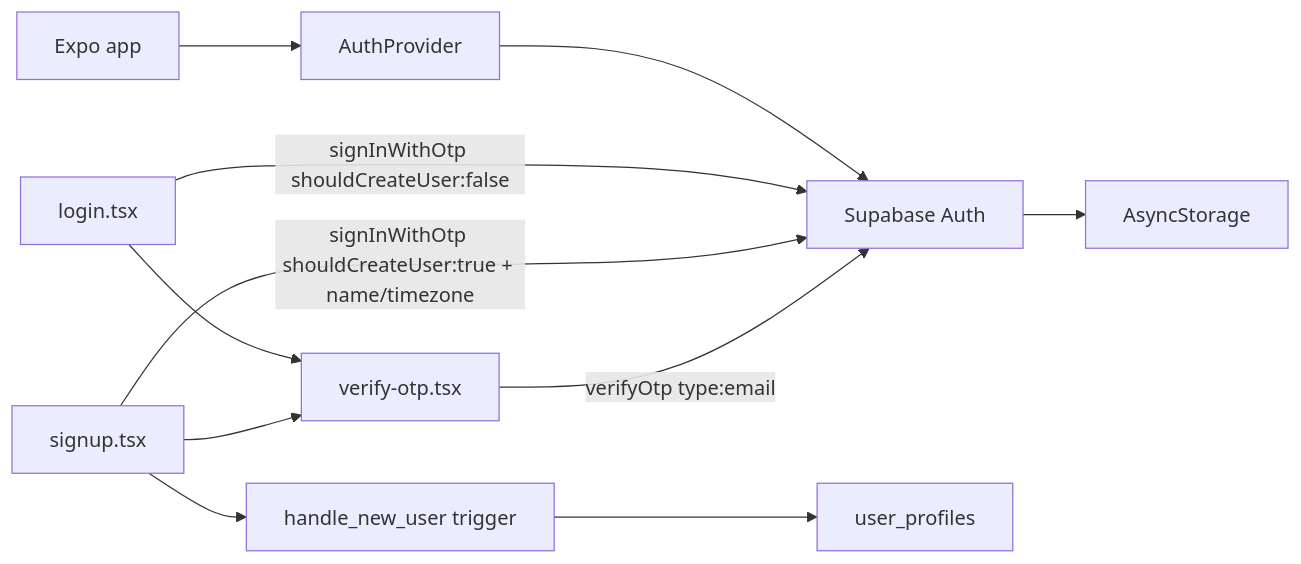
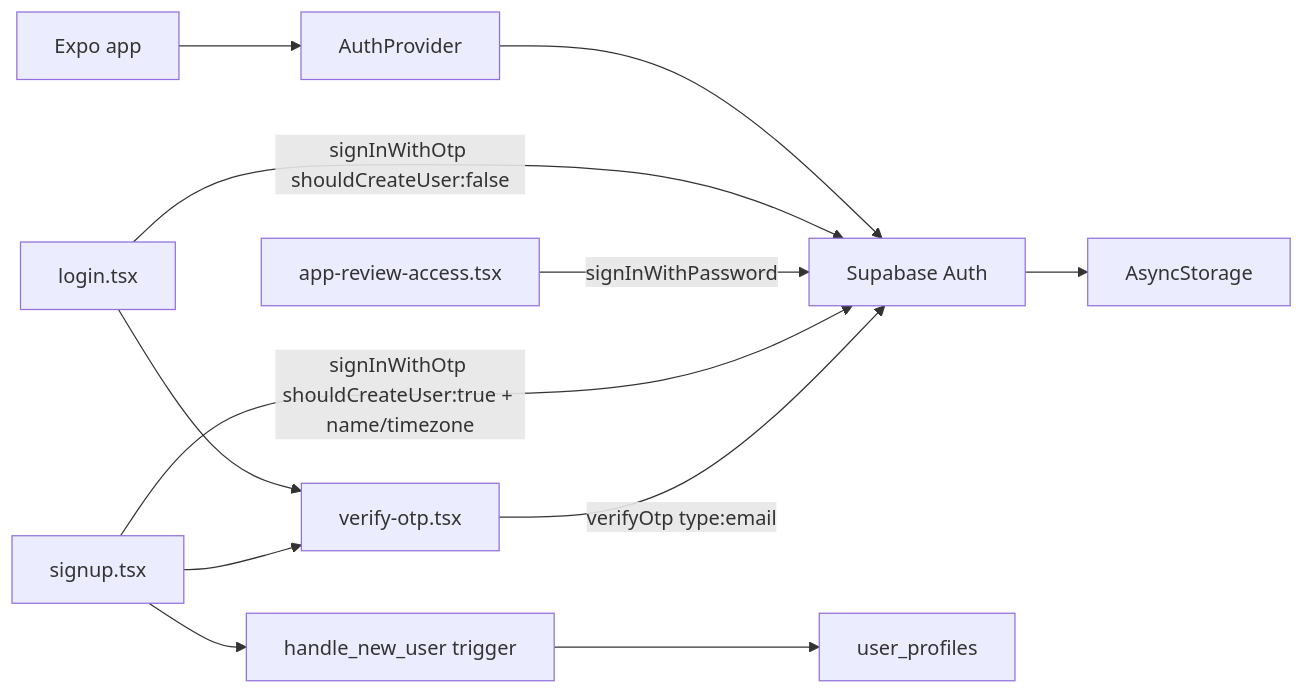
The diagram in docs/features/auth.md (eduardoyi/newmomora), drawn with Mermaid before and after one commit. The commit also changed other lines of this file and 78 other files, not shown here.

````diff
--- a/docs/features/auth.md
+++ b/docs/features/auth.md
@@ -20,13 +21,14 @@
 ```mermaid
 flowchart LR
     App[Expo app] --> AuthProvider
     AuthProvider --> SupabaseAuth[Supabase Auth]
     SupabaseAuth --> AsyncStorage
     Login[login.tsx] -- signInWithOtp shouldCreateUser:false --> SupabaseAuth
+    Review[app-review-access.tsx] -- signInWithPassword --> SupabaseAuth
     SignUp[signup.tsx] -- signInWithOtp shouldCreateUser:true + name/timezone --> SupabaseAuth
     Login --> VerifyOtp[verify-otp.tsx]
     SignUp --> VerifyOtp
     VerifyOtp -- verifyOtp type:email --> SupabaseAuth
     SignUp --> Trigger[handle_new_user trigger]
     Trigger --> Profiles[user_profiles]
 ```
````
